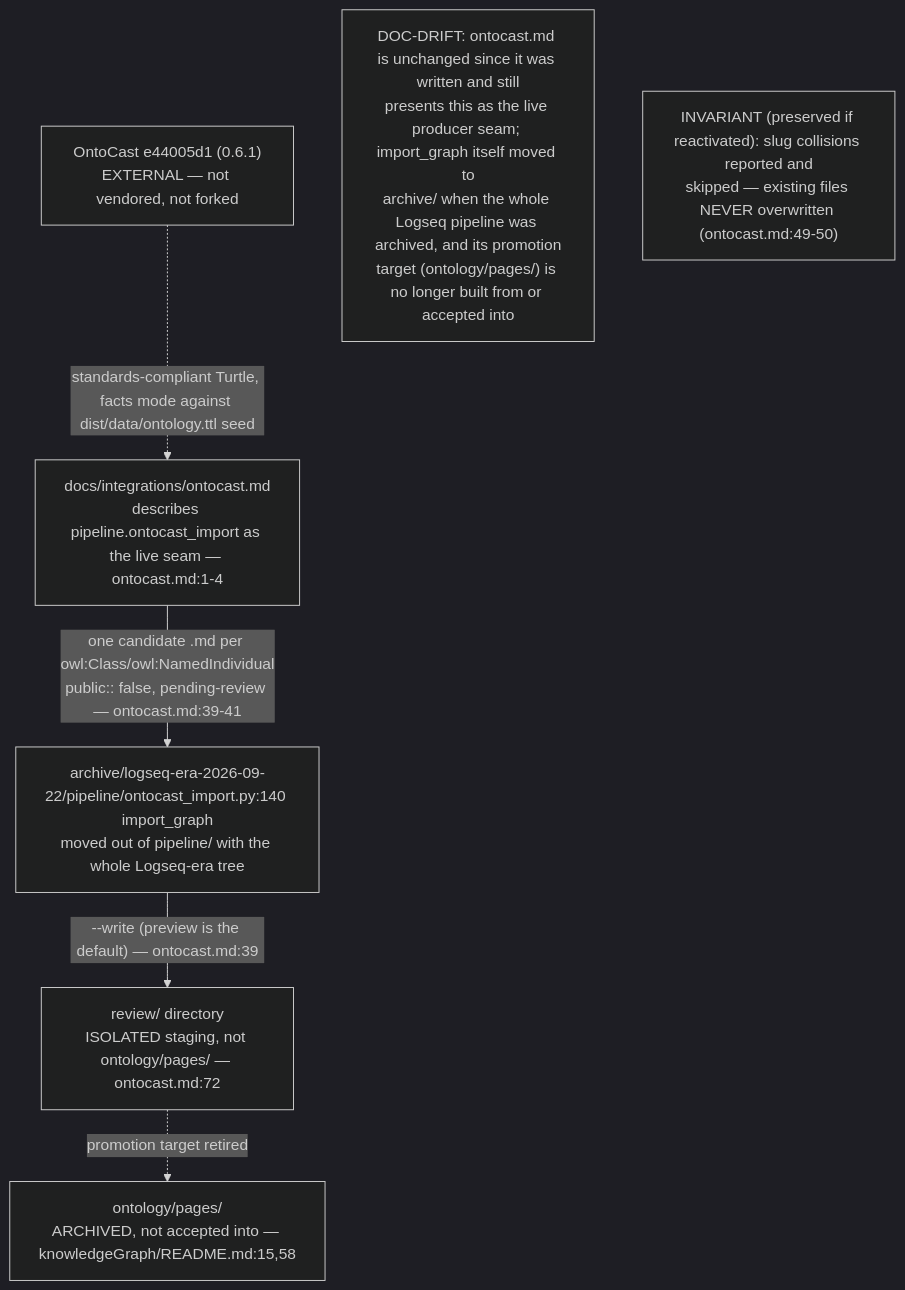
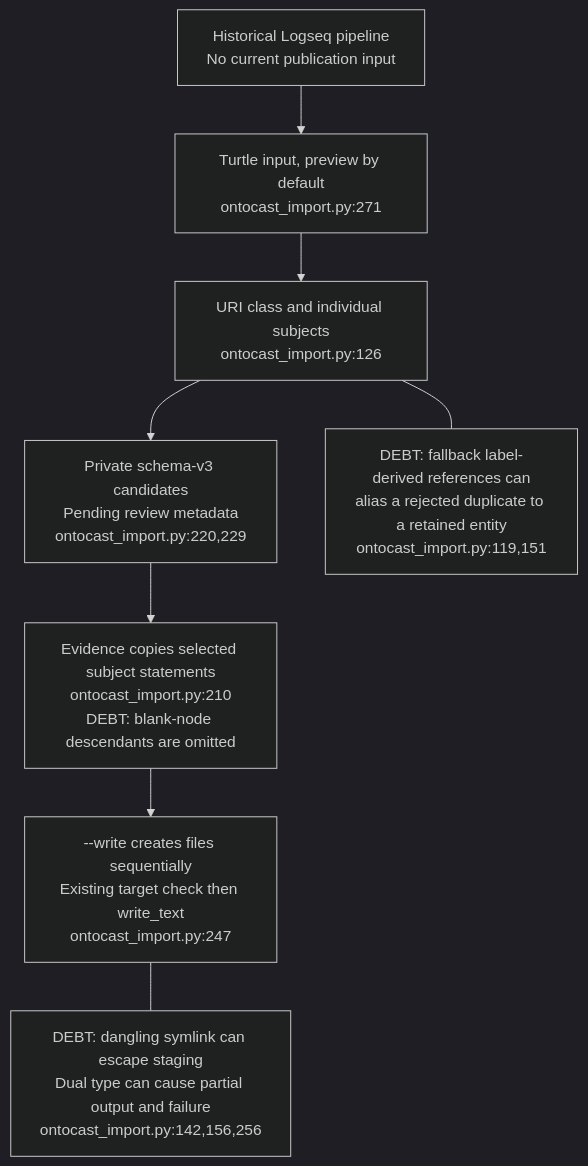
Before and after one commit to DreamLab-AI/VisionFlow: the third of 3 diagrams in docs/diagrams/knowledgegraph/06-consumers-and-integration.md, drawn with Mermaid (dark theme). The commit also changed other lines of this file and 18 other files, not shown here.

Commit message:
docs: audit corpus consumer routes and archived import boundaries

````diff
--- a/docs/diagrams/knowledgegraph/06-consumers-and-integration.md
+++ b/docs/diagrams/knowledgegraph/06-consumers-and-integration.md
@@ -70,15 +85,15 @@
 ```mermaid
 flowchart TB
-    OC["OntoCast e44005d1 #40;0.6.1#41;<br/>EXTERNAL — not vendored, not forked"]
-    DOC["docs/integrations/ontocast.md<br/>describes pipeline.ontocast_import as the live seam — ontocast.md:1-4"]
-    ARCH["archive/logseq-era-2026-09-22/pipeline/ontocast_import.py:140 import_graph<br/>moved out of pipeline/ with the whole Logseq-era tree"]
-    REVIEW["review/ directory<br/>ISOLATED staging, not ontology/pages/ — ontocast.md:72"]
-    CORPUS["ontology/pages/<br/>ARCHIVED, not accepted into — knowledgeGraph/README.md:15,58"]
-
-    OC -.->|"standards-compliant Turtle, facts mode against dist/data/ontology.ttl seed"| DOC
-    DOC -->|"one candidate .md per owl:Class/owl:NamedIndividual<br/>public:: false, pending-review — ontocast.md:39-41"| ARCH
-    ARCH -->|"--write #40;preview is the default#41; — ontocast.md:39"| REVIEW
-    REVIEW -.->|"promotion target retired"| CORPUS
-    note1["DOC-DRIFT: ontocast.md is unchanged since it was written and still<br/>presents this as the live producer seam; import_graph itself moved to<br/>archive/ when the whole Logseq pipeline was archived, and its promotion<br/>target #40;ontology/pages/#41; is no longer built from or accepted into"]
-    note2["INVARIANT #40;preserved if reactivated#41;: slug collisions reported and<br/>skipped — existing files NEVER overwritten #40;ontocast.md:49-50#41;"]
+    %% knowledgeGraph/archive/logseq-era-2026-09-22/README.md:1
+    ARCH["Historical Logseq pipeline<br/>No current publication input"]
+    INPUT["Turtle input, preview by default<br/>ontocast_import.py:271"]
+    SELECT["URI class and individual subjects<br/>ontocast_import.py:126"]
+    CAND["Private schema-v3 candidates<br/>Pending review metadata<br/>ontocast_import.py:220,229"]
+    EVID["Evidence copies selected subject statements<br/>ontocast_import.py:210<br/>DEBT: blank-node descendants are omitted"]
+    IDS["DEBT: fallback label-derived references can<br/>alias a rejected duplicate to a retained entity<br/>ontocast_import.py:119,151"]
+    WRITE["--write creates files sequentially<br/>Existing target check then write_text<br/>ontocast_import.py:247"]
+    GAP["DEBT: dangling symlink can escape staging<br/>Dual type can cause partial output and failure<br/>ontocast_import.py:142,156,256"]
+    ARCH --> INPUT --> SELECT --> CAND --> EVID --> WRITE
+    SELECT --- IDS
+    WRITE --- GAP
 ```
````
